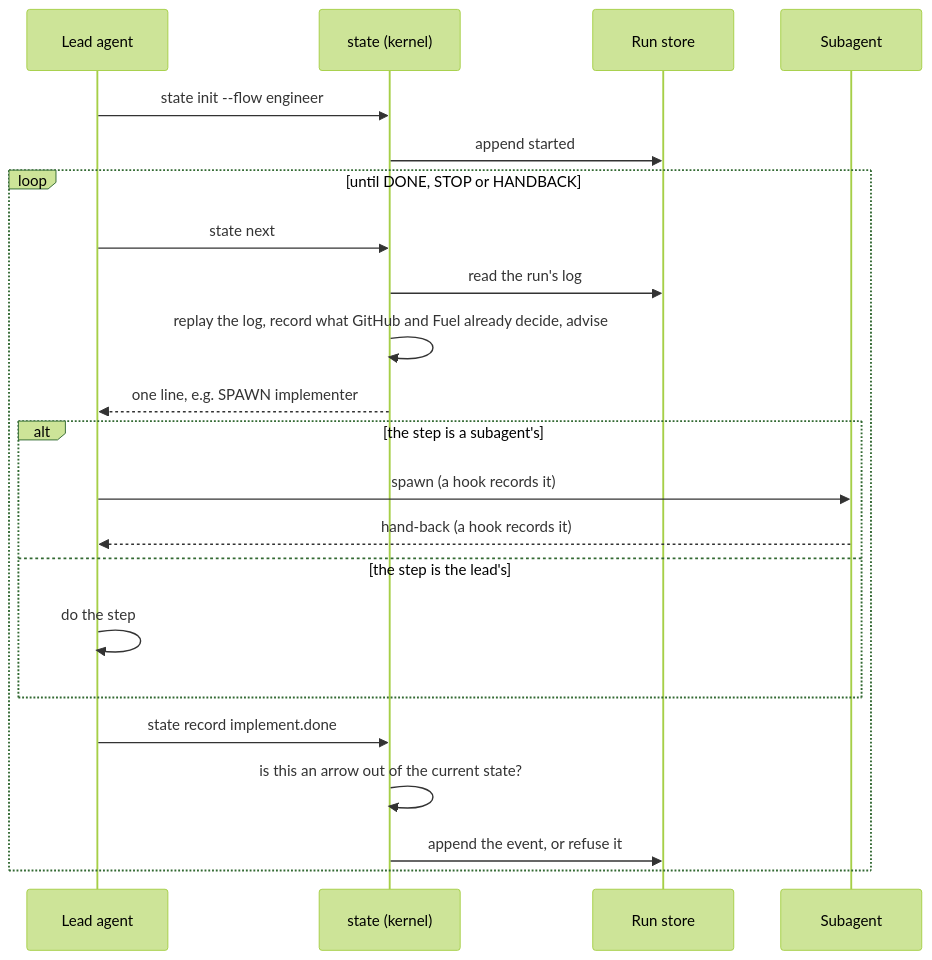
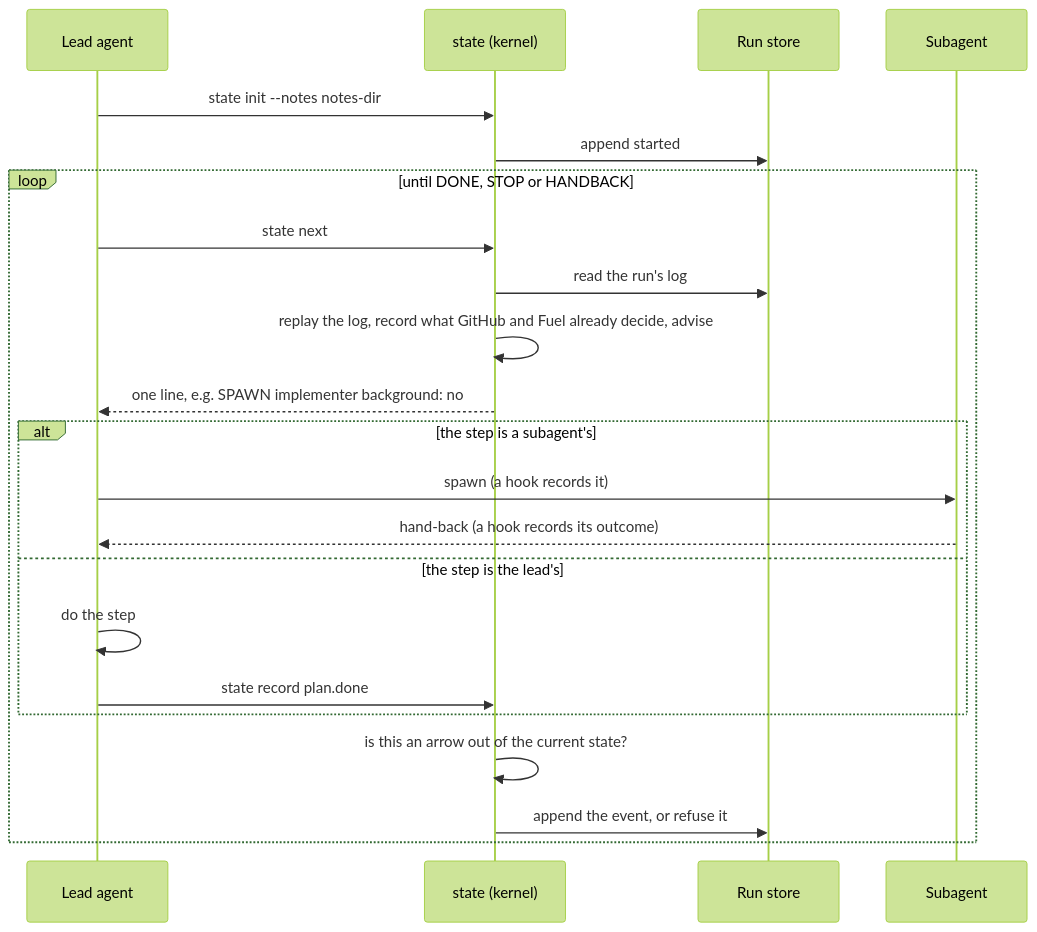
Before and after one commit to ILIYANGERMANOV/nixos: the first of 3 diagrams in docs/harness/RUN-LOOP.md, drawn with Mermaid (forest theme). The commit also changed other lines of this file and 27 other files, not shown here.

````diff
--- a/docs/harness/RUN-LOOP.md
+++ b/docs/harness/RUN-LOOP.md
@@ -5,24 +5,24 @@
 ```mermaid
 sequenceDiagram
   participant Lead as Lead agent
   participant State as state (kernel)
   participant Log as Run store
   participant Worker as Subagent
-  Lead->>State: state init --flow engineer
+  Lead->>State: state init --notes notes-dir
   State->>Log: append started
   loop until DONE, STOP or HANDBACK
     Lead->>State: state next
     State->>Log: read the run's log
     State->>State: replay the log, record what GitHub and Fuel already decide, advise
-    State-->>Lead: one line, e.g. SPAWN implementer
+    State-->>Lead: one line, e.g. SPAWN implementer background: no
     alt the step is a subagent's
       Lead->>Worker: spawn (a hook records it)
-      Worker-->>Lead: hand-back (a hook records it)
+      Worker-->>Lead: hand-back (a hook records its outcome)
     else the step is the lead's
       Lead->>Lead: do the step
+      Lead->>State: state record plan.done
     end
-    Lead->>State: state record implement.done
     State->>State: is this an arrow out of the current state?
     State->>Log: append the event, or refuse it
   end
 ```
````
